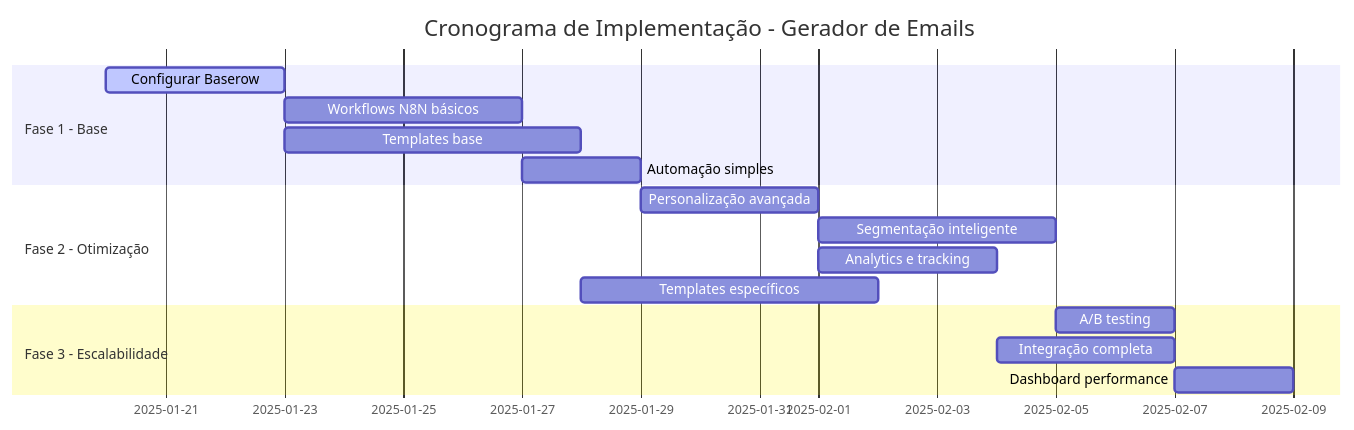
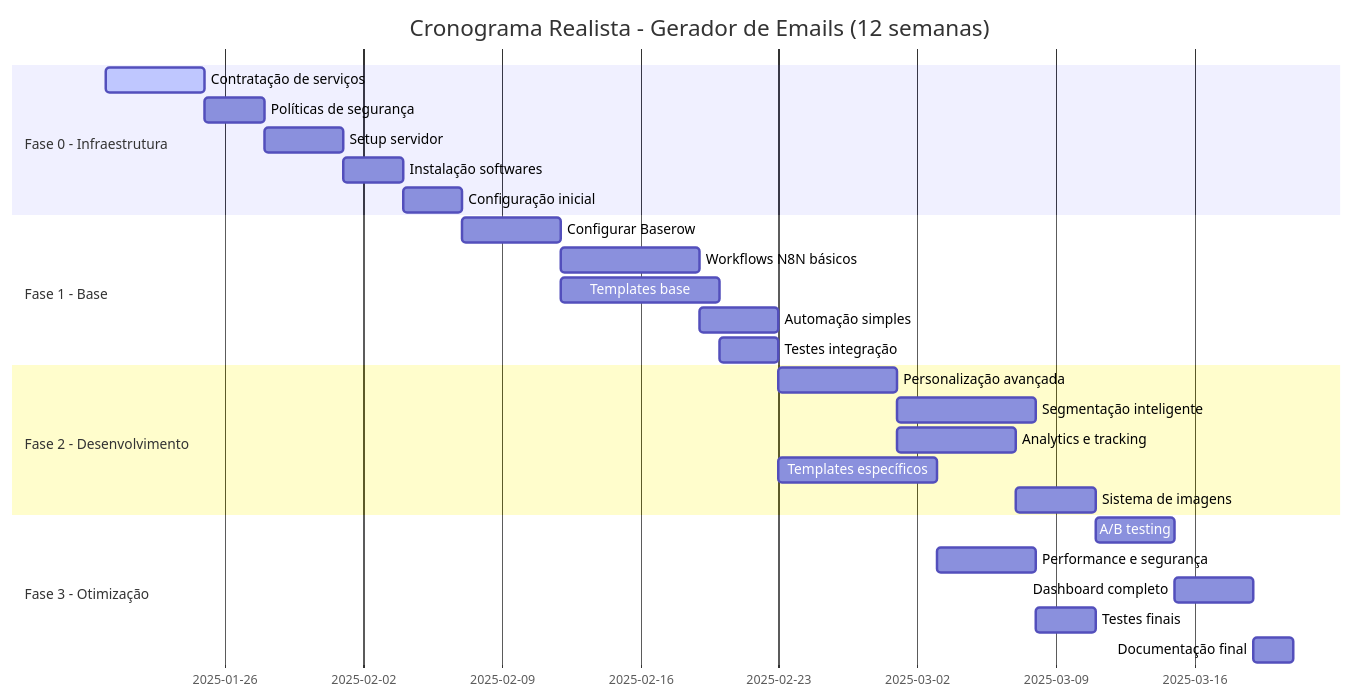
The first of 4 diagrams in docs/cronograma.md (mcampello/capp-bunge-emails), drawn with Mermaid before and after one commit. The commit also changed other lines of this file, not shown here.

First line of the commit message:
📅 Update: Cronograma Realista - 12 semanas com infraestrutura completa

````diff
--- a/docs/cronograma.md
+++ b/docs/cronograma.md
@@ -17,21 +23,33 @@
 ```mermaid
 gantt
-    title Cronograma de Implementação - Gerador de Emails
+    title Cronograma Realista - Gerador de Emails (12 semanas)
     dateFormat  YYYY-MM-DD
+    
+    section Fase 0 - Infraestrutura
+    Contratação de serviços     :active, fase0a, 2025-01-20, 5d
+    Políticas de segurança      :fase0b, after fase0a, 3d
+    Setup servidor              :fase0c, after fase0b, 4d
+    Instalação softwares        :fase0d, after fase0c, 3d
+    Configuração inicial        :fase0e, after fase0d, 3d
+    
     section Fase 1 - Base
-    Configurar Baserow        :active, fase1a, 2025-01-20, 3d
-    Workflows N8N básicos     :fase1b, after fase1a, 4d
-    Templates base            :fase1c, after fase1a, 5d
-    Automação simples         :fase1d, after fase1b, 2d
+    Configurar Baserow          :fase1a, after fase0e, 5d
+    Workflows N8N básicos       :fase1b, after fase1a, 7d
+    Templates base              :fase1c, after fase1a, 8d
+    Automação simples           :fase1d, after fase1b, 4d
+    Testes integração           :fase1e, after fase1c, 3d
     
-    section Fase 2 - Otimização
-    Personalização avançada   :fase2a, after fase1d, 3d
-    Segmentação inteligente   :fase2b, after fase2a, 4d
-    Analytics e tracking      :fase2c, after fase2a, 3d
-    Templates específicos     :fase2d, after fase1c, 5d
+    section Fase 2 - Desenvolvimento
+    Personalização avançada     :fase2a, after fase1e, 6d
+    Segmentação inteligente     :fase2b, after fase2a, 7d
+    Analytics e tracking        :fase2c, after fase2a, 6d
+    Templates específicos       :fase2d, after fase1d, 8d
+    Sistema de imagens          :fase2e, after fase2c, 4d
     
-    section Fase 3 - Escalabilidade
-    A/B testing              :fase3a, after fase2b, 2d
-    Integração completa      :fase3b, after fase2c, 3d
-    Dashboard performance    :fase3c, after fase3a, 2d
+    section Fase 3 - Otimização
+    A/B testing                 :fase3a, after fase2e, 4d
+    Performance e segurança     :fase3b, after fase2d, 5d
+    Dashboard completo          :fase3c, after fase3a, 4d
+    Testes finais               :fase3d, after fase3b, 3d
+    Documentação final          :fase3e, after fase3c, 2d
 ```
````
